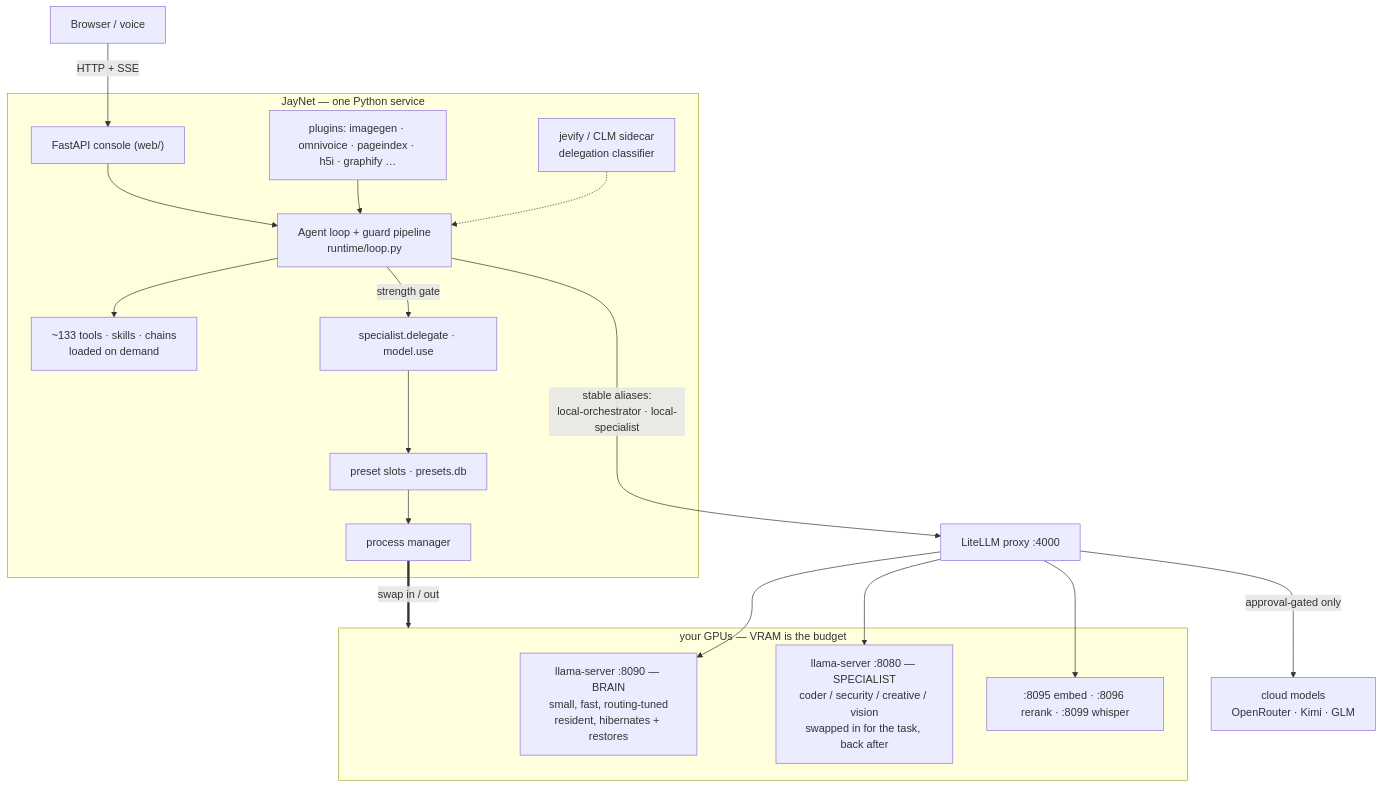
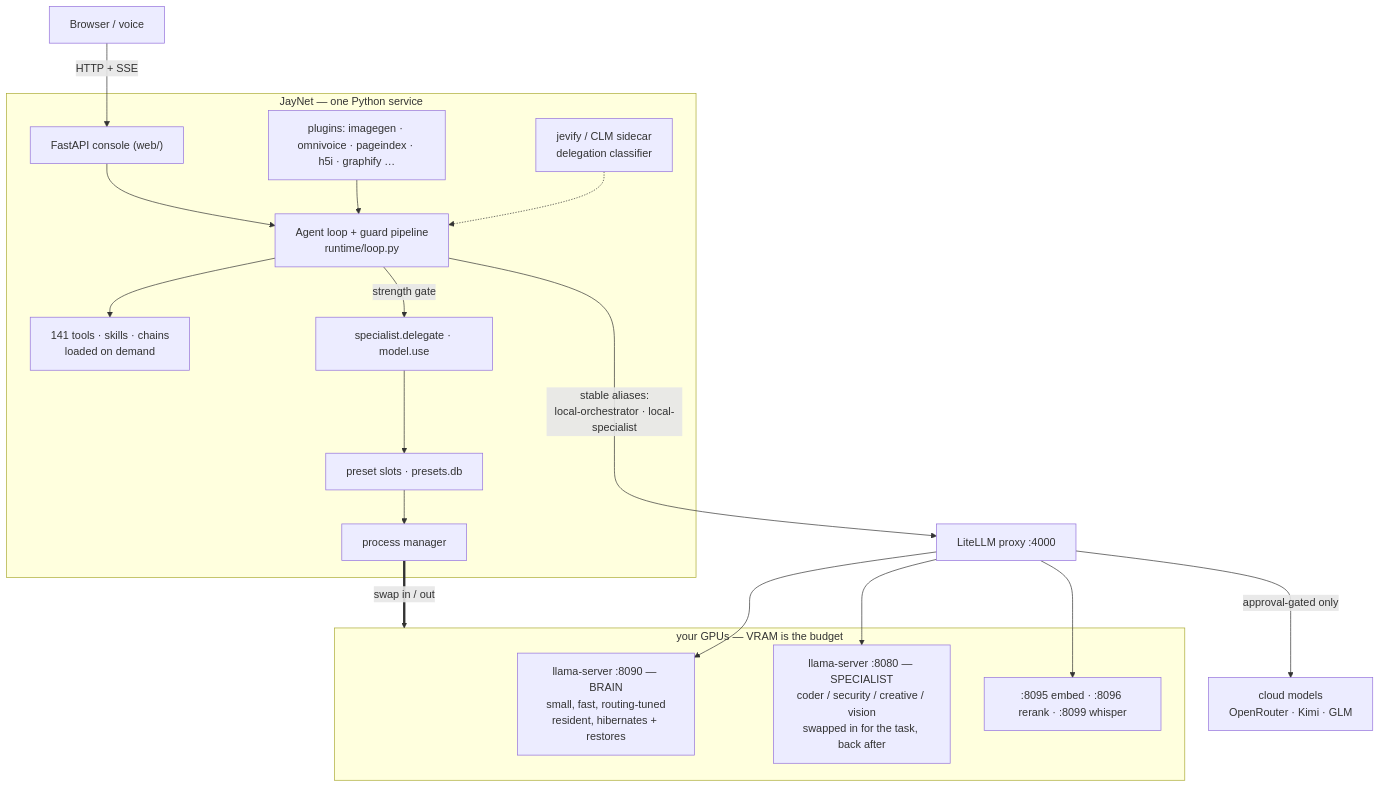
The diagram in README.md (jspawn/jaynet_orchestrator), drawn with Mermaid before and after one commit. The commit also changed other lines of this file and 17 other files, not shown here.

````diff
--- a/README.md
+++ b/README.md
@@ -47,24 +47,24 @@
 ```mermaid
 flowchart TB
     U["Browser / voice"] -->|"HTTP + SSE"| WEB["FastAPI console (web/)"]
     subgraph JN["JayNet — one Python service"]
         WEB --> LOOP["Agent loop + guard pipeline<br/>runtime/loop.py"]
-        LOOP --> TOOLS["~133 tools · skills · chains<br/>loaded on demand"]
+        LOOP --> TOOLS["141 tools · skills · chains<br/>loaded on demand"]
         PLUG["plugins: imagegen · omnivoice · pageindex · h5i · graphify …"] --> LOOP
         JEV["jevify / CLM sidecar<br/>delegation classifier"] -.-> LOOP
         LOOP -->|"strength gate"| DEL["specialist.delegate · model.use"]
         DEL --> SLOTS["preset slots · presets.db"]
         SLOTS --> PM["process manager"]
     end
     LOOP -->|"stable aliases:<br/>local-orchestrator · local-specialist"| LL["LiteLLM proxy :4000"]
     subgraph GPUs["your GPUs — VRAM is the budget"]
         BRAIN["llama-server :8090 — BRAIN<br/>small, fast, routing-tuned<br/>resident, hibernates + restores"]
         SPEC["llama-server :8080 — SPECIALIST<br/>coder / security / creative / vision<br/>swapped in for the task, back after"]
         AUX[":8095 embed · :8096 rerank · :8099 whisper"]
     end
     PM ==>|"swap in / out"| GPUs
     LL --> BRAIN
     LL --> SPEC
     LL --> AUX
     LL -->|"approval-gated only"| CLOUD["cloud models<br/>OpenRouter · Kimi · GLM"]
 ```
````
